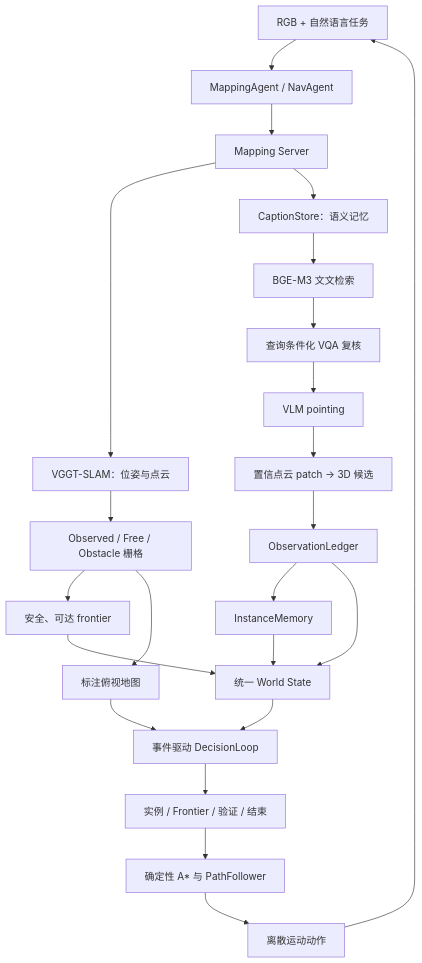
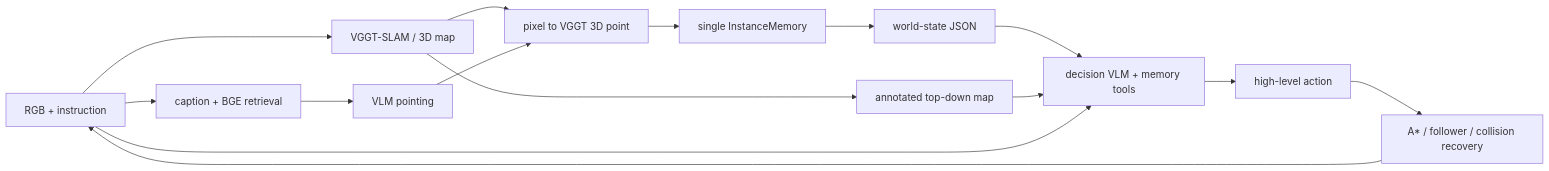
One commit to WeberFU23/VGGTNavAgent changed the diagram in AGENT_ARCHITECTURE.md. Above: the diagram before and after it, drawn with Mermaid. The commit also changed other lines of this file and 60 other files, not shown here.

````diff
--- a/AGENT_ARCHITECTURE.md
+++ b/AGENT_ARCHITECTURE.md
@@ -27,27 +13,17 @@
 ```mermaid
-flowchart TD
-    O["RGB + 自然语言任务"] --> MA["MappingAgent / NavAgent"]
-    MA --> MS["Mapping Server"]
-    MS --> VGGT["VGGT-SLAM：位姿与点云"]
-    MS --> CAP["CaptionStore：语义记忆"]
-    CAP --> RET["BGE-M3 文文检索"]
-    RET --> VQA["查询条件化 VQA 复核"]
-    VQA --> POINT["VLM pointing"]
-    POINT --> P3D["置信点云 patch → 3D 候选"]
-    P3D --> LEDGER["ObservationLedger"]
-    LEDGER --> MEM["InstanceMemory"]
-
-    VGGT --> GRID["Observed / Free / Obstacle 栅格"]
-    GRID --> FRONTIER["安全、可达 frontier"]
-    MEM --> STATE["统一 World State"]
-    LEDGER --> STATE
-    FRONTIER --> STATE
-    GRID --> MAP["标注俯视地图"]
-    MAP --> VLM["事件驱动 DecisionLoop"]
-    STATE --> VLM
-
-    VLM --> HIGH["实例 / Frontier / 验证 / 结束"]
-    HIGH --> PLAN["确定性 A* 与 PathFollower"]
-    PLAN --> ACT["离散运动动作"]
-    ACT --> O
+flowchart LR
+    RGB["RGB + instruction"] --> MAP["VGGT-SLAM / 3D map"]
+    RGB --> CAP["caption + BGE retrieval"]
+    CAP --> POINT["VLM pointing"]
+    MAP --> P3D["pixel to VGGT 3D point"]
+    POINT --> P3D
+    P3D --> MEM["single InstanceMemory"]
+    MEM --> STATE["world-state JSON"]
+    MAP --> TOP["annotated top-down map"]
+    STATE --> VLM["decision VLM + memory tools"]
+    TOP --> VLM
+    RGB --> VLM
+    VLM --> HIGH["high-level action"]
+    HIGH --> EXEC["A* / follower / collision recovery"]
+    EXEC --> RGB
 ```
````
